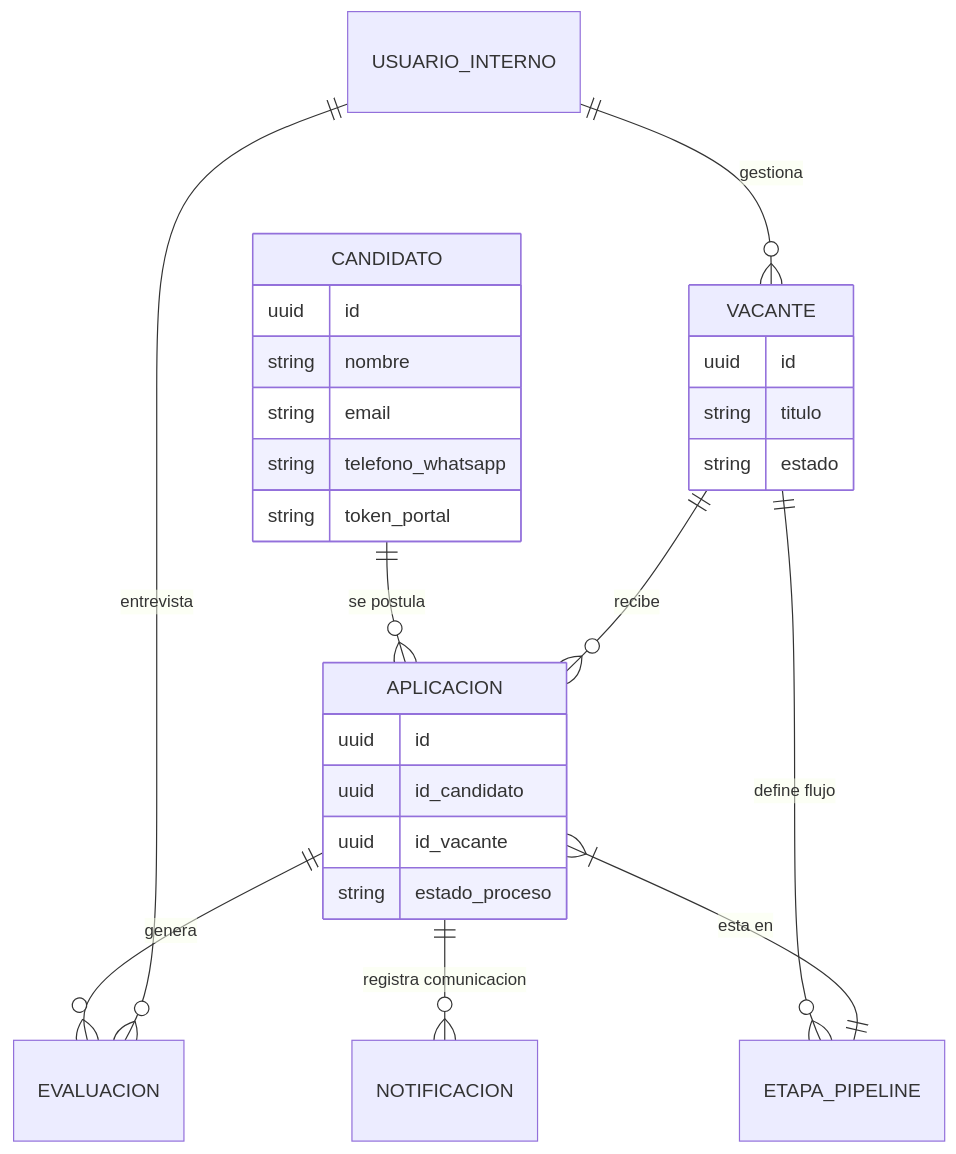
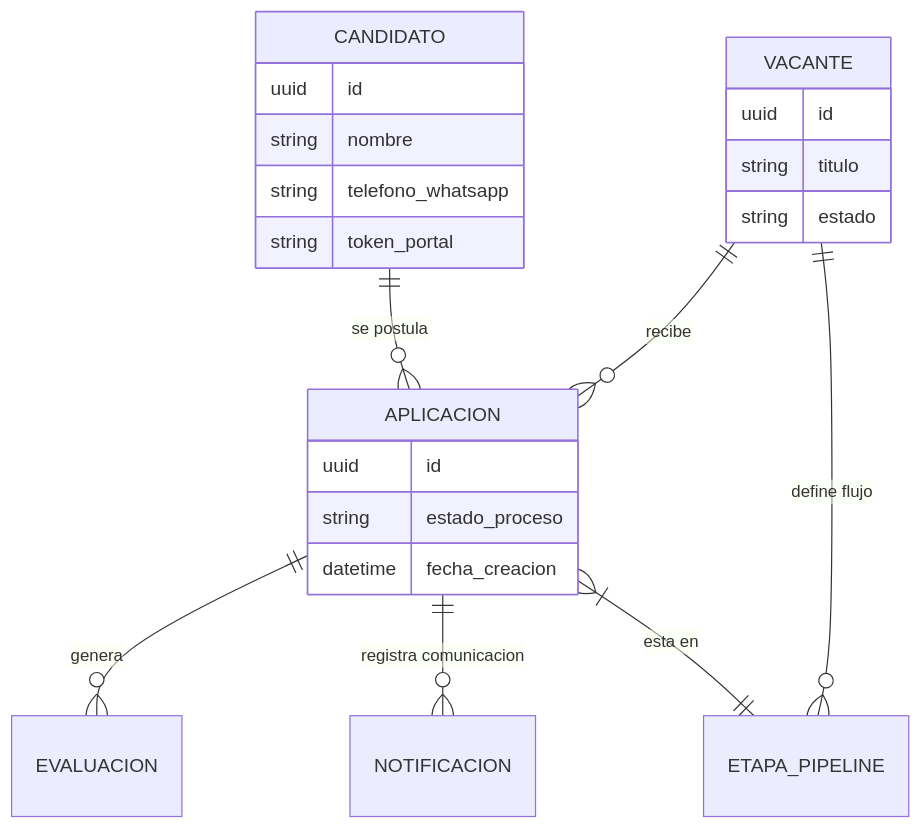
Before and after one commit to Julio-Glez/AI4Devs-design-1-202602: the third of 5 diagrams in LTI-JGJ/LTI-JGJ.md, drawn with Mermaid. The commit also changed other lines of this file, not shown here.

````diff
--- a/LTI-JGJ/LTI-JGJ.md
+++ b/LTI-JGJ/LTI-JGJ.md
@@ -137,30 +149,26 @@
 ```mermaid
 erDiagram
     CANDIDATO ||--o{ APLICACION : "se postula"
     VACANTE ||--o{ APLICACION : "recibe"
     VACANTE ||--o{ ETAPA_PIPELINE : "define flujo"
     APLICACION ||--o{ EVALUACION : "genera"
     APLICACION ||--o{ NOTIFICACION : "registra comunicacion"
     APLICACION }|--|| ETAPA_PIPELINE : "esta en"
-    USUARIO_INTERNO ||--o{ VACANTE : "gestiona"
-    USUARIO_INTERNO ||--o{ EVALUACION : "entrevista"
 
     CANDIDATO {
         uuid id
         string nombre
-        string email
         string telefono_whatsapp
         string token_portal
     }
     VACANTE {
         uuid id
         string titulo
         string estado
     }
     APLICACION {
         uuid id
-        uuid id_candidato
-        uuid id_vacante
         string estado_proceso
+        datetime fecha_creacion
     }
 ```
````
